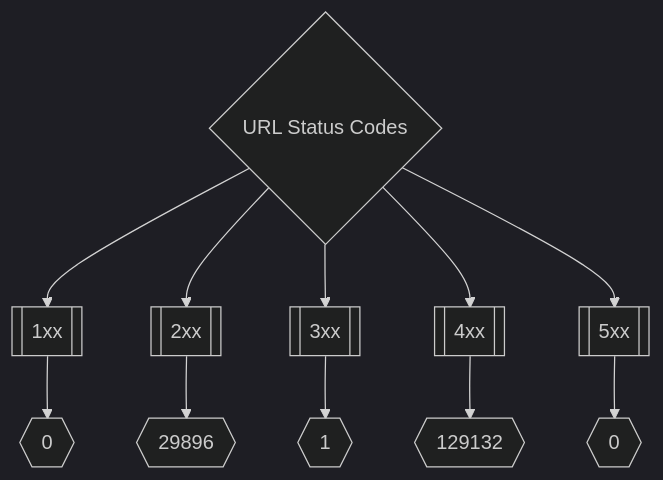
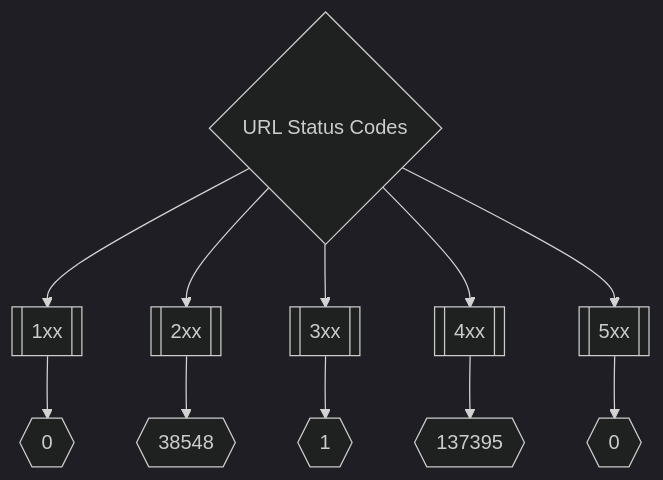
The second of 3 diagrams in README.md (trickest/inventory), drawn with Mermaid (dark theme) before and after one commit. The commit also changed other lines of this file and 139 other files, not shown here.

````diff
--- a/README.md
+++ b/README.md
@@ -173,8 +173,8 @@
 ```mermaid
 graph TD
 title{URL Status Codes} --> 1xx[[1xx]] --> status1xxNum{{0}}
-title --> 2xx[[2xx]] --> status2xxNum{{29896}}
+title --> 2xx[[2xx]] --> status2xxNum{{38548}}
 title --> 3xx[[3xx]] --> status3xxNum{{1}}
-title --> 4xx[[4xx]] --> status4xxNum{{129132}}
+title --> 4xx[[4xx]] --> status4xxNum{{137395}}
 title --> 5xx[[5xx]] --> status5xxNum{{0}}
 ```
````
